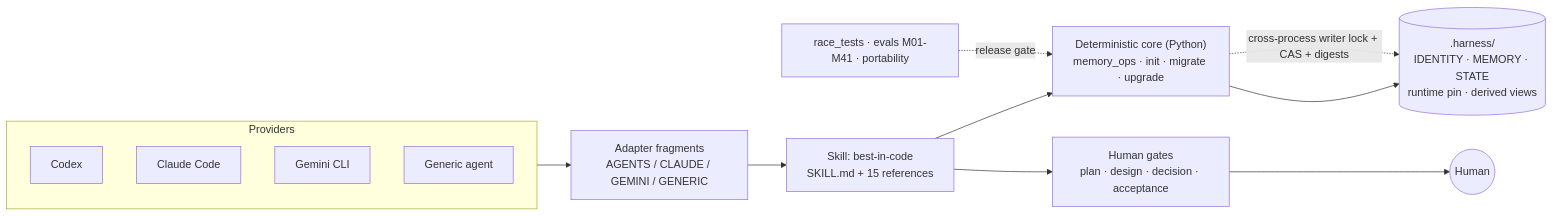
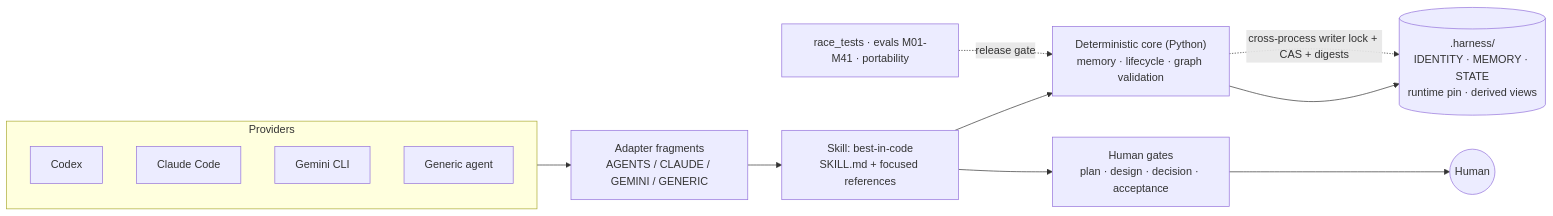
The diagram in README.md (kingggg5/harness), drawn with Mermaid before and after one commit. The commit also changed other lines of this file and 21 other files, not shown here.

Commit message:
feat: add conditional graph engineering

````diff
--- a/README.md
+++ b/README.md
@@ -137,17 +147,17 @@
 ```mermaid
 graph LR
 	subgraph Providers
 		CX[Codex]
 		CC[Claude Code]
 		GEM[Gemini CLI]
 		GEN[Generic agent]
 	end
 	Providers --> AD[Adapter fragments<br/>AGENTS / CLAUDE / GEMINI / GENERIC]
-	AD --> SKILL["Skill: best-in-code<br/>SKILL.md + 15 references"]
-	SKILL --> OPS["Deterministic core (Python)<br/>memory_ops · init · migrate · upgrade"]
+	AD --> SKILL["Skill: best-in-code<br/>SKILL.md + focused references"]
+	SKILL --> OPS["Deterministic core (Python)<br/>memory · lifecycle · graph validation"]
 	OPS --> STORE[(".harness/<br/>IDENTITY · MEMORY · STATE<br/>runtime pin · derived views")]
 	OPS -. cross-process writer lock + CAS + digests .-> STORE
 	SKILL --> GATES[Human gates<br/>plan · design · decision · acceptance]
 	GATES --> HUMAN((Human))
 	QA2[race_tests · evals M01-M41 · portability] -. release gate .-> OPS
 ```
````
